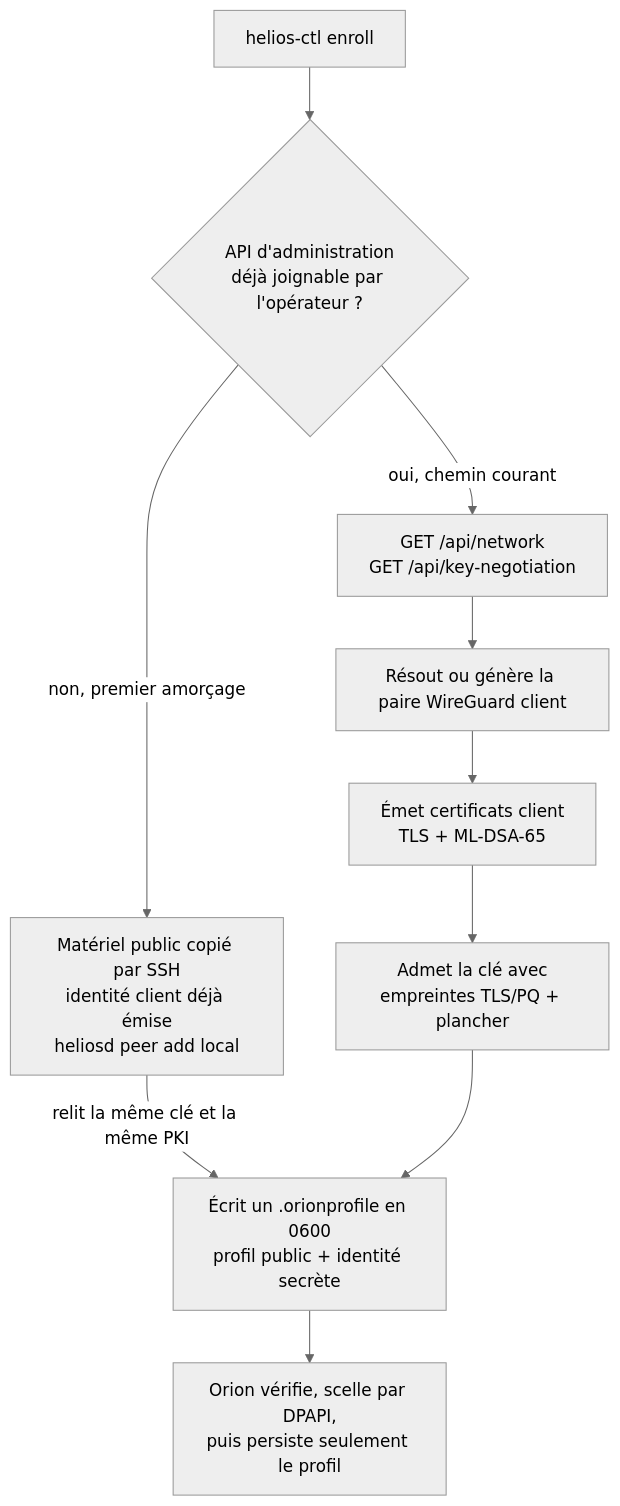
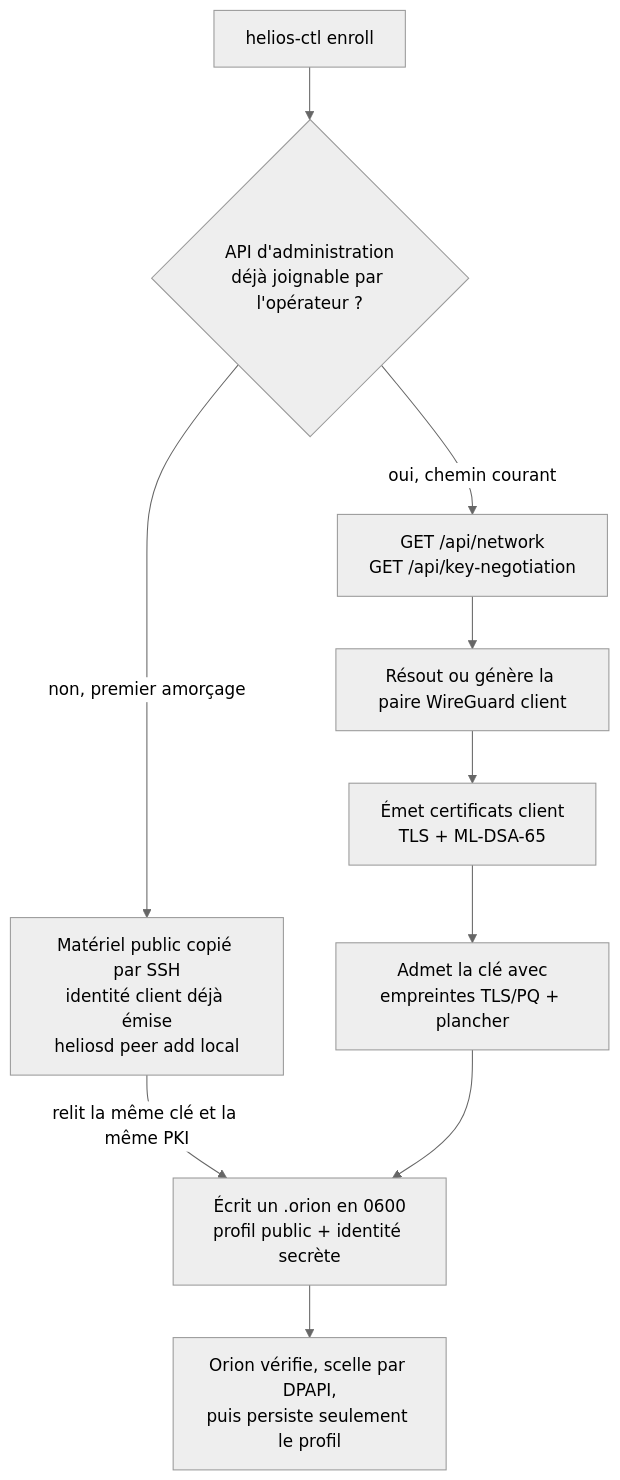
Before and after one commit to atxme/helios: the fourth of 4 diagrams in docs/adr/ADR-005-NEGOCIATION-DE-CLE.md, drawn with Mermaid (neutral theme). The commit also changed 35 other files, not shown here.

````diff
--- a/docs/adr/ADR-005-NEGOCIATION-DE-CLE.md
+++ b/docs/adr/ADR-005-NEGOCIATION-DE-CLE.md
@@ -487,22 +487,22 @@
 ```mermaid
 flowchart TD
     Start["helios-ctl enroll"]
     Online{"API d'administration<br/>déjà joignable par l'opérateur ?"}
     Api["GET /api/network<br/>GET /api/key-negotiation"]
     Offline["Matériel public copié par SSH<br/>identité client déjà émise<br/>heliosd peer add local"]
     Keys["Résout ou génère la paire WireGuard client"]
     Certs["Émet certificats client<br/>TLS + ML-DSA-65"]
     Admit["Admet la clé avec<br/>empreintes TLS/PQ + plancher"]
-    Doc["Écrit un .orionprofile en 0600<br/>profil public + identité secrète"]
+    Doc["Écrit un .orion en 0600<br/>profil public + identité secrète"]
     Import["Orion vérifie, scelle par DPAPI,<br/>puis persiste seulement le profil"]
 
     Start --> Online
     Online -->|oui, chemin courant| Api
     Online -->|non, premier amorçage| Offline
     Api --> Keys
     Keys --> Certs
     Certs --> Admit
     Offline -->|"relit la même clé et la même PKI"| Doc
     Admit --> Doc
     Doc --> Import
 ```
````
